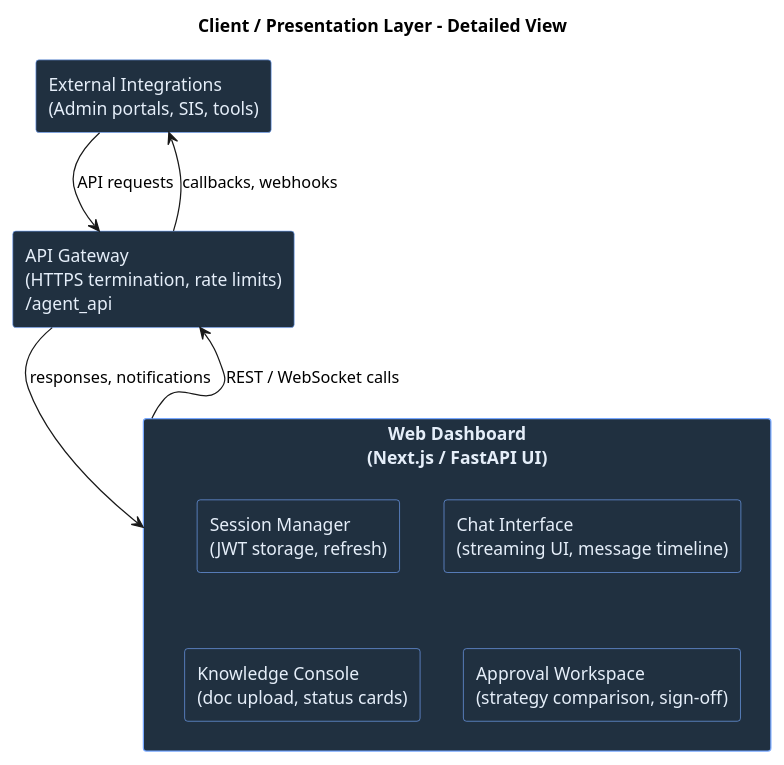
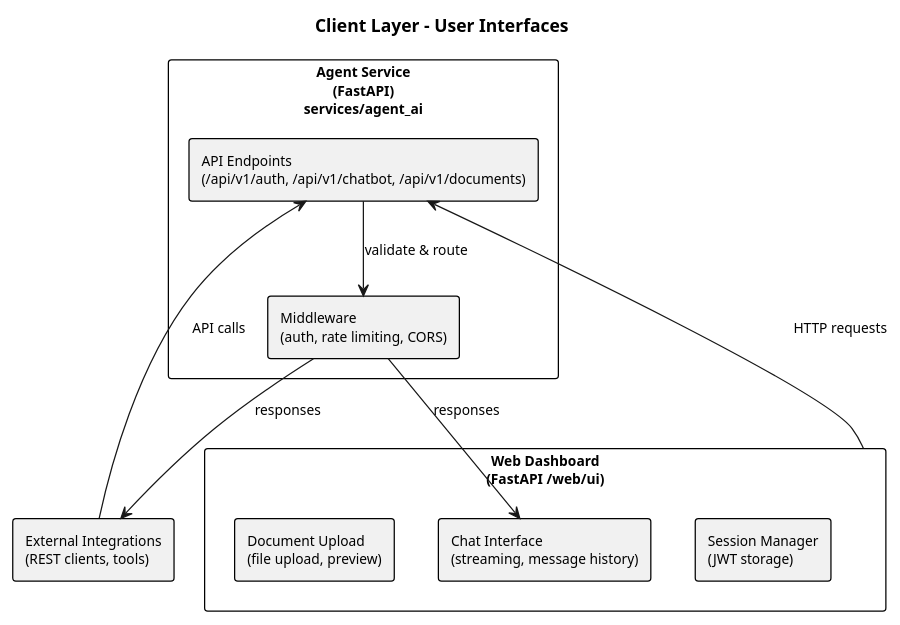
The diagram in architecture/client_layer_details.puml (HenryNVP/strategic_planning_AI), drawn with PlantUML before and after one commit. The commit also changed 19 other files, not shown here.

Commit message:
simplified architecture

```diff
--- a/architecture/client_layer_details.puml
+++ b/architecture/client_layer_details.puml
@@ -1,29 +1,32 @@
 @startuml client_layer_details
-title Client / Presentation Layer – Detailed View
+title Client Layer – User Interfaces
 
 skinparam shadowing false
-skinparam defaultFontName "Segoe UI"
+skinparam defaultFontName Arial
+skinparam defaultFontSize 11
 skinparam rectangle {
-  BackgroundColor #203040
-  FontColor #E5EEF9
-  BorderColor #77A8FF
+  BorderColor #000000
+  BorderThickness 1
 }
 
-rectangle "Web Dashboard\n(Next.js / FastAPI UI)" as DASHBOARD {
-  rectangle "Session Manager\n(JWT storage, refresh)" as SESSION
-  rectangle "Chat Interface\n(streaming UI, message timeline)" as CHAT_UI
-  rectangle "Knowledge Console\n(doc upload, status cards)" as KB_UI
-  rectangle "Approval Workspace\n(strategy comparison, sign-off)" as APPROVALS
+rectangle "Web Dashboard\n(FastAPI /web/ui)" as DASHBOARD {
+  rectangle "Session Manager\n(JWT storage)" as SESSION
+  rectangle "Chat Interface\n(streaming, message history)" as CHAT_UI
+  rectangle "Document Upload\n(file upload, preview)" as DOC_UI
 }
 
-rectangle "External Integrations\n(Admin portals, SIS, tools)" as EXTERNAL
+rectangle "External Integrations\n(REST clients, tools)" as EXTERNAL
 
-rectangle "API Gateway\n(HTTPS termination, rate limits)\n/agent_api" as GATEWAY
+rectangle "Agent Service\n(FastAPI)\nservices/agent_ai" as AGENT_SERVICE {
+  rectangle "API Endpoints\n(/api/v1/auth, /api/v1/chatbot, /api/v1/documents)" as ENDPOINTS
+  rectangle "Middleware\n(auth, rate limiting, CORS)" as MIDDLEWARE
+}
 
-DASHBOARD --> GATEWAY : REST / WebSocket calls
-EXTERNAL --> GATEWAY : API requests
+DASHBOARD --> ENDPOINTS : HTTP requests
+EXTERNAL --> ENDPOINTS : API calls
 
-GATEWAY --> DASHBOARD : responses, notifications
-GATEWAY --> EXTERNAL : callbacks, webhooks
+ENDPOINTS --> MIDDLEWARE : validate & route
+MIDDLEWARE --> CHAT_UI : responses
+MIDDLEWARE --> EXTERNAL : responses
 
 @enduml
```
